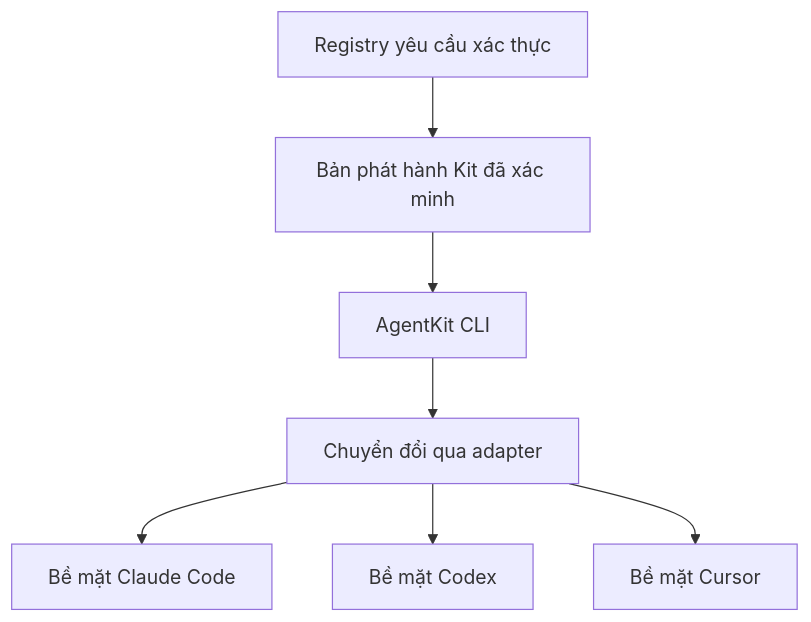
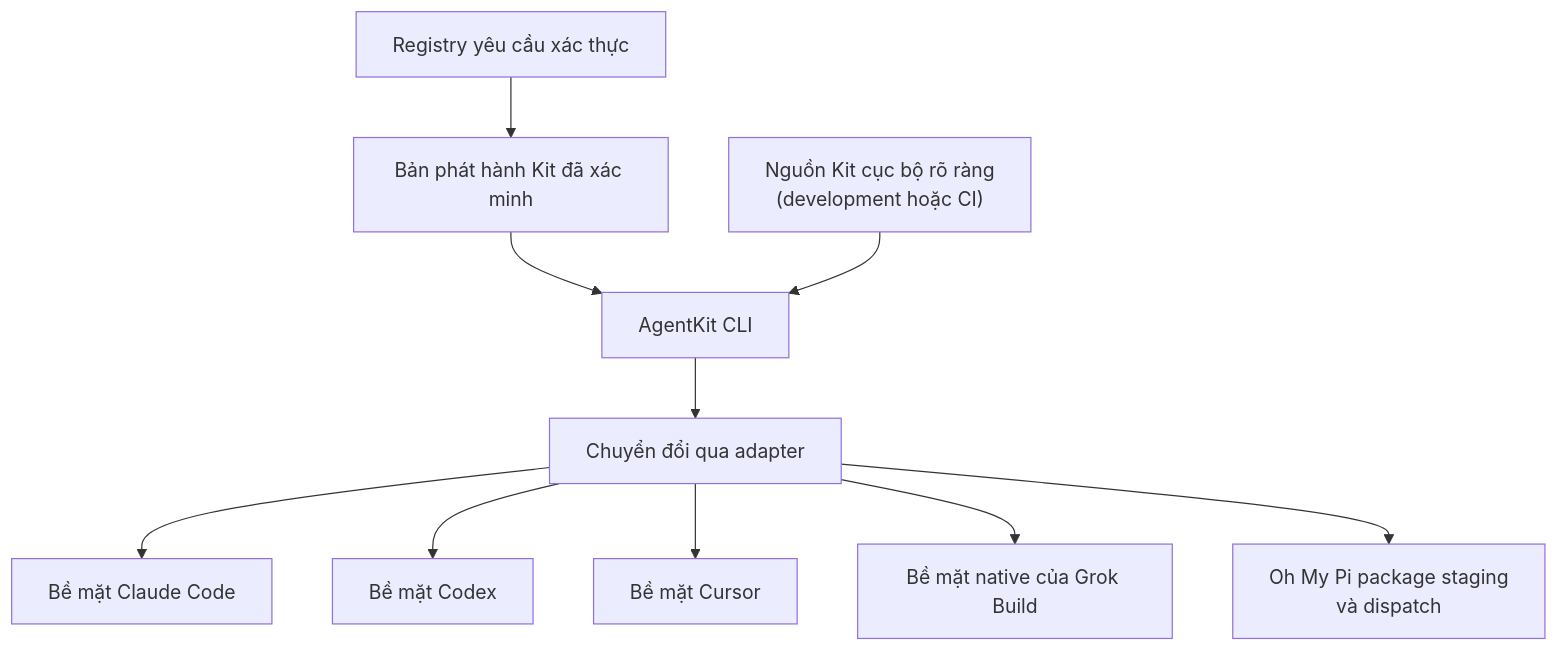
One commit to bestagentkits/agentkit-docs changed the diagram in content/docs/stable/concepts/architecture.vi.mdx. Above: the diagram before and after it, drawn with Mermaid. The commit also changed other lines of this file and 120 other files, not shown here.

````diff
--- a/content/docs/stable/concepts/architecture.vi.mdx
+++ b/content/docs/stable/concepts/architecture.vi.mdx
@@ -10,11 +10,14 @@
 ```mermaid
 flowchart TB
-  accTitle: Từ Kit đã xác minh đến các bề mặt runtime
-  accDescr: Registry yêu cầu xác thực cung cấp bản phát hành Kit đã xác minh cho AgentKit CLI. CLI chuyển Kit qua adapter thành các bề mặt của Claude Code, Codex hoặc Cursor.
+  accTitle: Từ nguồn Kit đến các bề mặt runtime
+  accDescr: Registry yêu cầu xác thực cung cấp các bản phát hành Kit đã xác minh cho target đã phát hành, còn nguồn cục bộ rõ ràng cung cấp Kit cho target development-only. AgentKit CLI chuyển từng Kit qua runtime adapter.
   registry["Registry yêu cầu xác thực"] --> release["Bản phát hành Kit đã xác minh"]
   release --> cli["AgentKit CLI"]
+  local["Nguồn Kit cục bộ rõ ràng<br/>(development hoặc CI)"] --> cli
   cli --> adapter["Chuyển đổi qua adapter"]
   adapter --> claude["Bề mặt Claude Code"]
   adapter --> codex["Bề mặt Codex"]
   adapter --> cursor["Bề mặt Cursor"]
+  adapter --> grok["Bề mặt native của Grok Build"]
+  adapter --> omp["Oh My Pi package staging<br/>và dispatch"]
 ```
````
